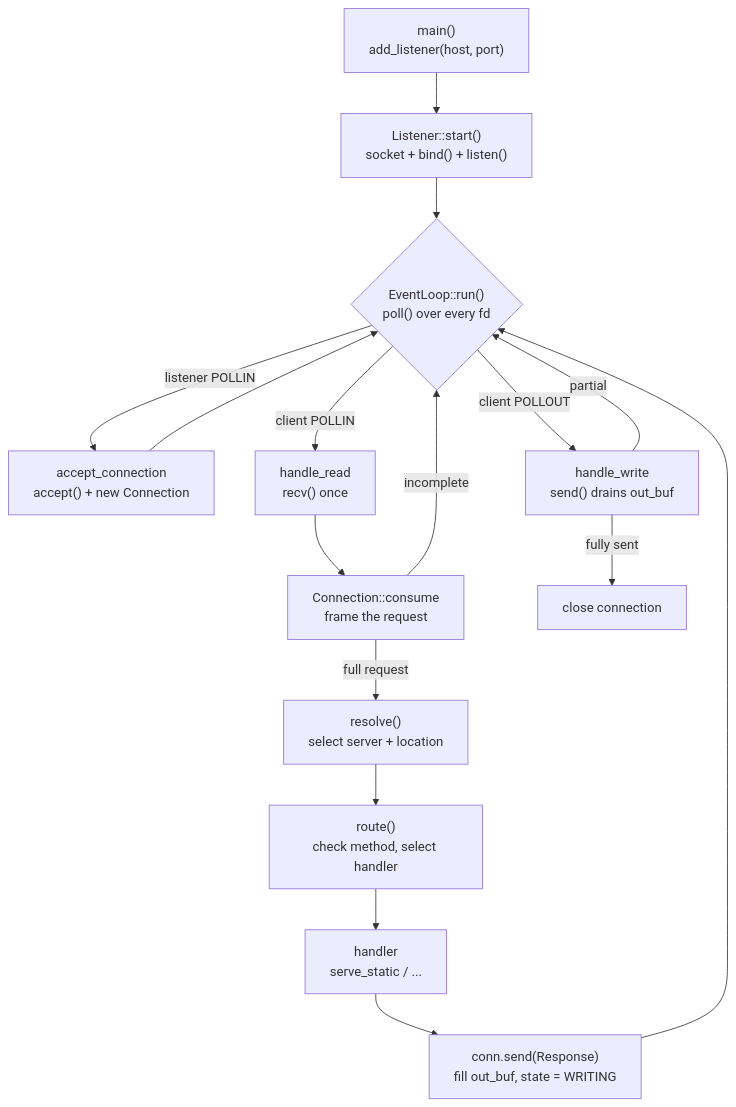
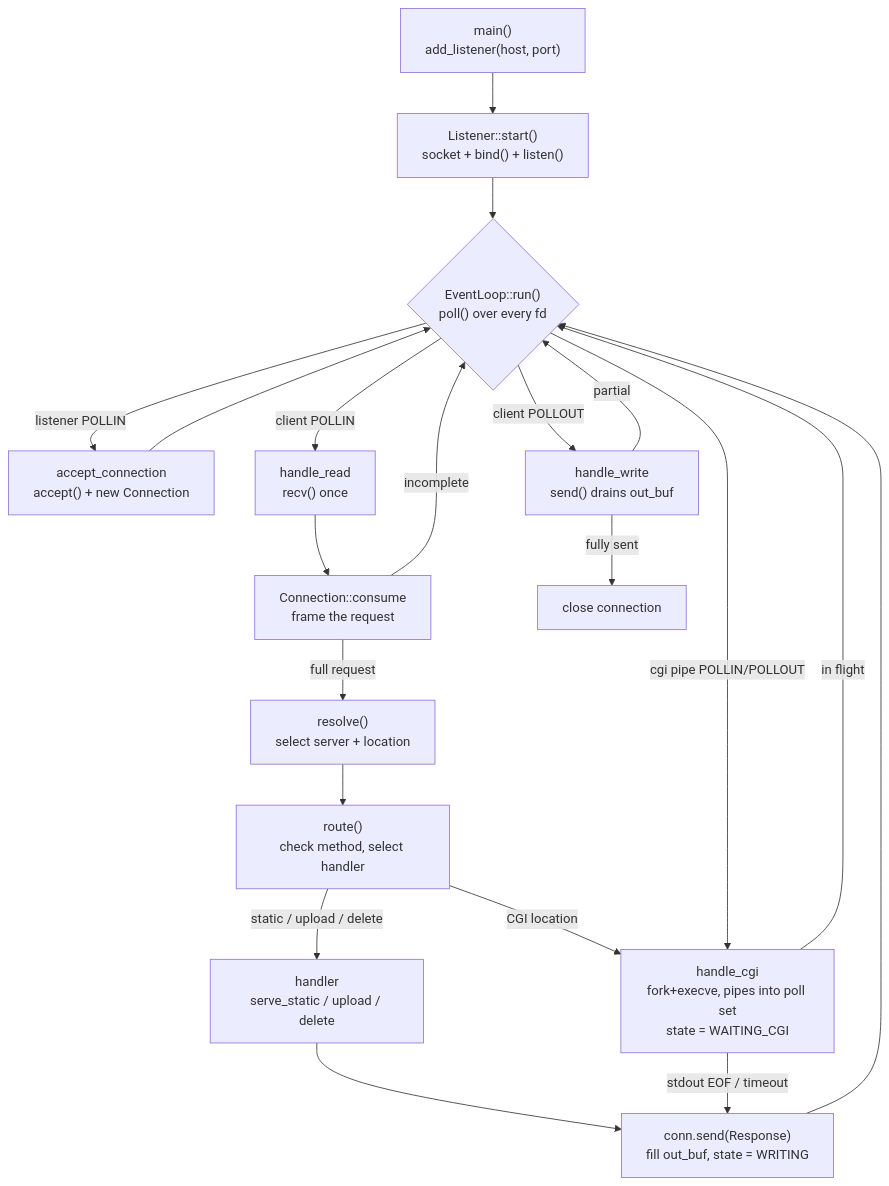
One commit to stepskop/servant changed the diagram in README.md. Above: the diagram before and after it, drawn with Mermaid. The commit also changed other lines of this file and 19 other files, not shown here.

````diff
--- a/README.md
+++ b/README.md
@@ -30,24 +30,29 @@
 ```mermaid
 flowchart TD
     boot["main()<br/>add_listener(host, port)"] --> listen["Listener::start()<br/>socket + bind() + listen()"]
     listen --> poll
 
     poll{"EventLoop::run()<br/>poll() over every fd"}
 
     poll -- "listener POLLIN" --> accept["accept_connection<br/>accept() + new Connection"]
     accept --> poll
 
     poll -- "client POLLIN" --> read["handle_read<br/>recv() once"]
     poll -- "client POLLOUT" --> write["handle_write<br/>send() drains out_buf"]
 
     read --> consume["Connection::consume<br/>frame the request"]
     consume -- "incomplete" --> poll
     consume -- "full request" --> resolve["resolve()<br/>select server + location"]
     resolve --> route["route()<br/>check method, select handler"]
-    route --> serve["handler<br/>serve_static / ..."]
+    route -- "static / upload / delete" --> serve["handler<br/>serve_static / upload / delete"]
+    route -- "CGI location" --> cgi["handle_cgi<br/>fork+execve, pipes into poll set<br/>state = WAITING_CGI"]
     serve --> respond["conn.send(Response)<br/>fill out_buf, state = WRITING"]
     respond --> poll
+
+    poll -- "cgi pipe POLLIN/POLLOUT" --> cgi
+    cgi -- "stdout EOF / timeout" --> respond
+    cgi -- "in flight" --> poll
 
     write -- "partial" --> poll
     write -- "fully sent" --> close["close connection"]
 ```
````
